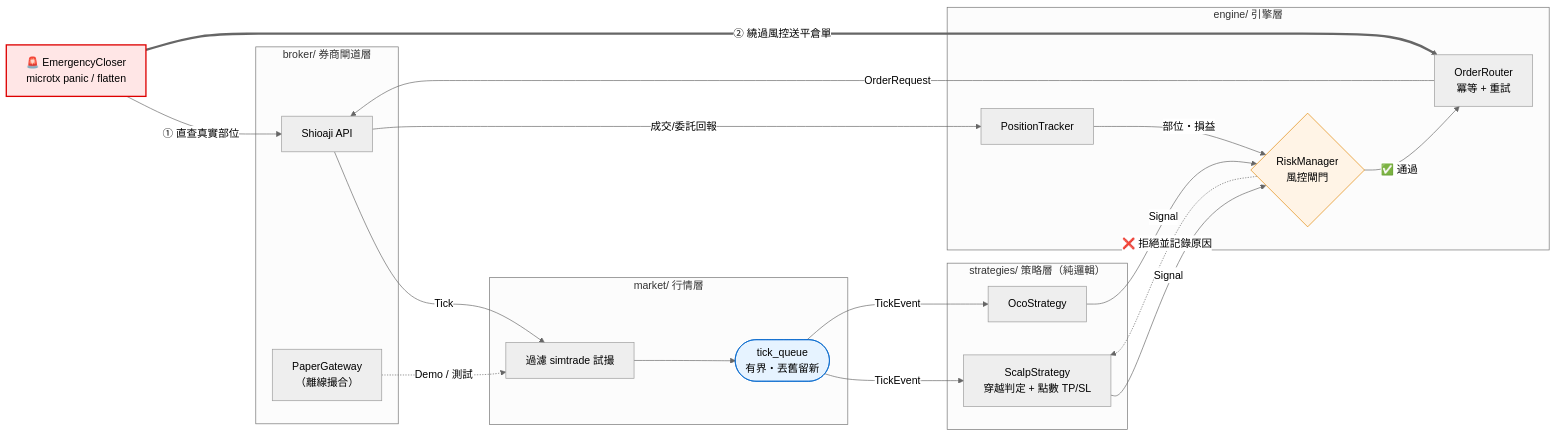
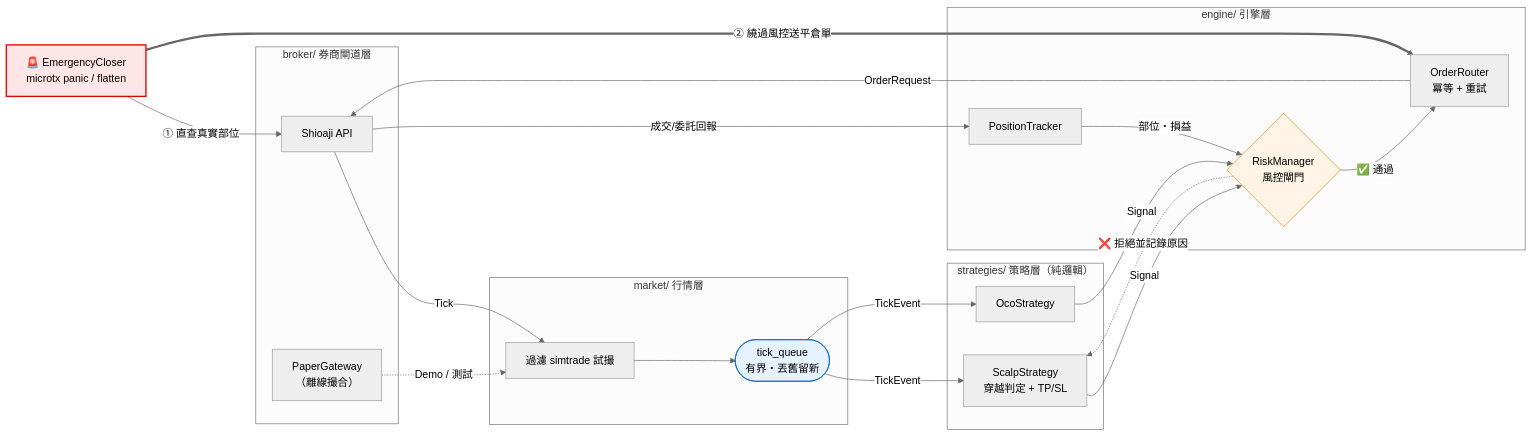
The diagram in README.md (slate-re/Shioaji-MicroTX-Engine), drawn with Mermaid (neutral theme) before and after one commit. The commit also changed other lines of this file and 1 other file, not shown here.

````diff
--- a/README.md
+++ b/README.md
@@ -150,43 +88,43 @@
 ```mermaid
 flowchart LR
     subgraph BROKER["broker/ 券商閘道層"]
         SJ["Shioaji API"]
         PG["PaperGateway<br/>（離線撮合）"]
     end
 
     subgraph MARKET["market/ 行情層"]
         FILT["過濾 simtrade 試撮"]
         Q(["tick_queue<br/>有界・丟舊留新"])
     end
 
     subgraph STRAT["strategies/ 策略層（純邏輯）"]
-        SC["ScalpStrategy<br/>穿越判定 + 點數 TP/SL"]
+        SC["ScalpStrategy<br/>穿越判定 + TP/SL"]
         OCO["OcoStrategy"]
     end
 
     subgraph ENG["engine/ 引擎層"]
         RISK{"RiskManager<br/>風控閘門"}
         ROUTER["OrderRouter<br/>冪等 + 重試"]
         POS["PositionTracker"]
     end
 
     KILL["🚨 EmergencyCloser<br/>microtx panic / flatten"]
 
     SJ -- "Tick" --> FILT
     PG -. "Demo / 測試" .-> FILT
     FILT --> Q
     Q -- "TickEvent" --> SC & OCO
     SC & OCO -- "Signal" --> RISK
     RISK -- "✅ 通過" --> ROUTER
     RISK -. "❌ 拒絕並記錄原因" .-> SC
     ROUTER -- "OrderRequest" --> SJ
     SJ -- "成交/委託回報" --> POS
     POS -- "部位・損益" --> RISK
 
     KILL -- "① 直查真實部位" --> SJ
     KILL == "② 繞過風控送平倉單" ==> ROUTER
 
     style KILL fill:#ffe6e6,stroke:#d00,stroke-width:2px
     style RISK fill:#fff4e6,stroke:#e08600
     style Q fill:#e6f3ff,stroke:#0066cc
 ```
````
